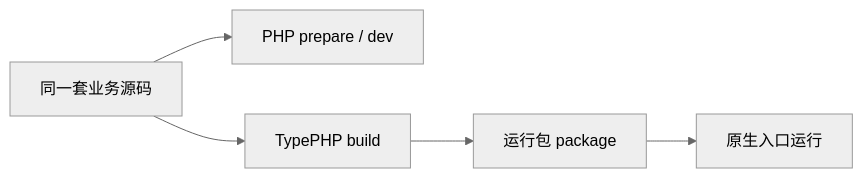
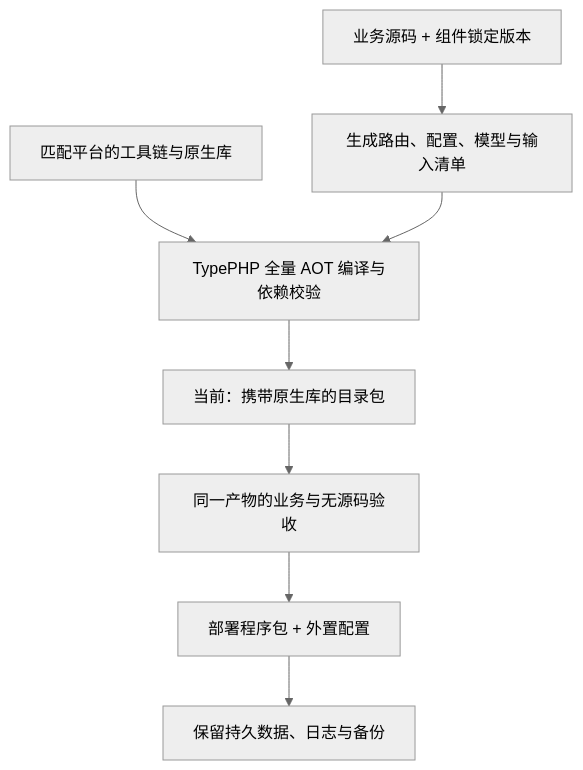
Before and after one commit to zoujingli/typeapp: the diagram in docs/guide/deployment.md, drawn with Mermaid (neutral theme). The commit also changed other lines of this file and 47 other files, not shown here.

First line of the commit message:
docs: 突出 TypePHP 编译并统一应用架构与交付说明

````diff
--- a/docs/guide/deployment.md
+++ b/docs/guide/deployment.md
@@ -9,7 +35,10 @@
 ```mermaid
-flowchart LR
-  Src["同一套业务源码"] --> Dev["PHP prepare / dev"]
-  Src --> Aot["TypePHP build"]
-  Aot --> Pkg["运行包 package"]
-  Pkg --> Run["原生入口运行"]
+flowchart TB
+  Source["业务源码 + 组件锁定版本"] --> Generate["生成路由、配置、模型与输入清单"]
+  SDK["匹配平台的工具链与原生库"] --> Compile
+  Generate --> Compile["TypePHP 全量 AOT 编译与依赖校验"]
+  Compile --> Package["当前：携带原生库的目录包"]
+  Package --> Verify["同一产物的业务与无源码验收"]
+  Verify --> Deploy["部署程序包 + 外置配置"]
+  Deploy --> Data["保留持久数据、日志与备份"]
 ```
````
